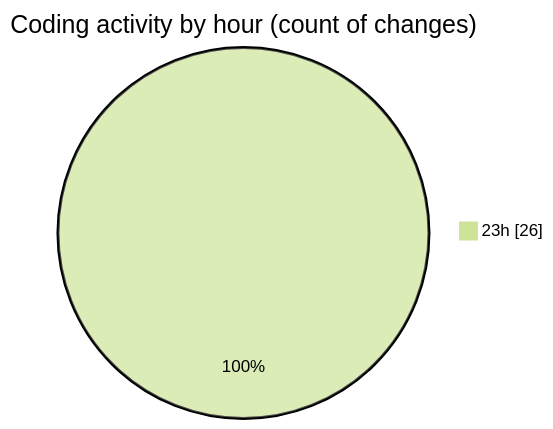
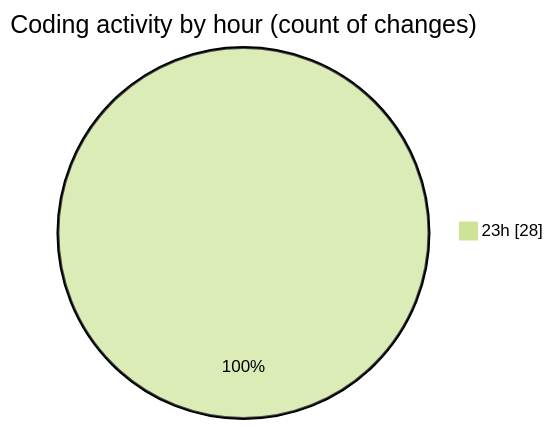
One commit to donsfak/code-tracking changed the second of 2 diagrams in 2025-02-26/drivers_app/README.md. Above: the diagram before and after it, drawn with Mermaid (forest theme). The commit also changed other lines of this file and 1 other file, not shown here.

````diff
--- a/2025-02-26/drivers_app/README.md
+++ b/2025-02-26/drivers_app/README.md
@@ -33,5 +33,5 @@
 ```mermaid
 pie showData
 title Coding activity by hour (count of changes)
-"23h" : 26
+"23h" : 28
 ```
````
